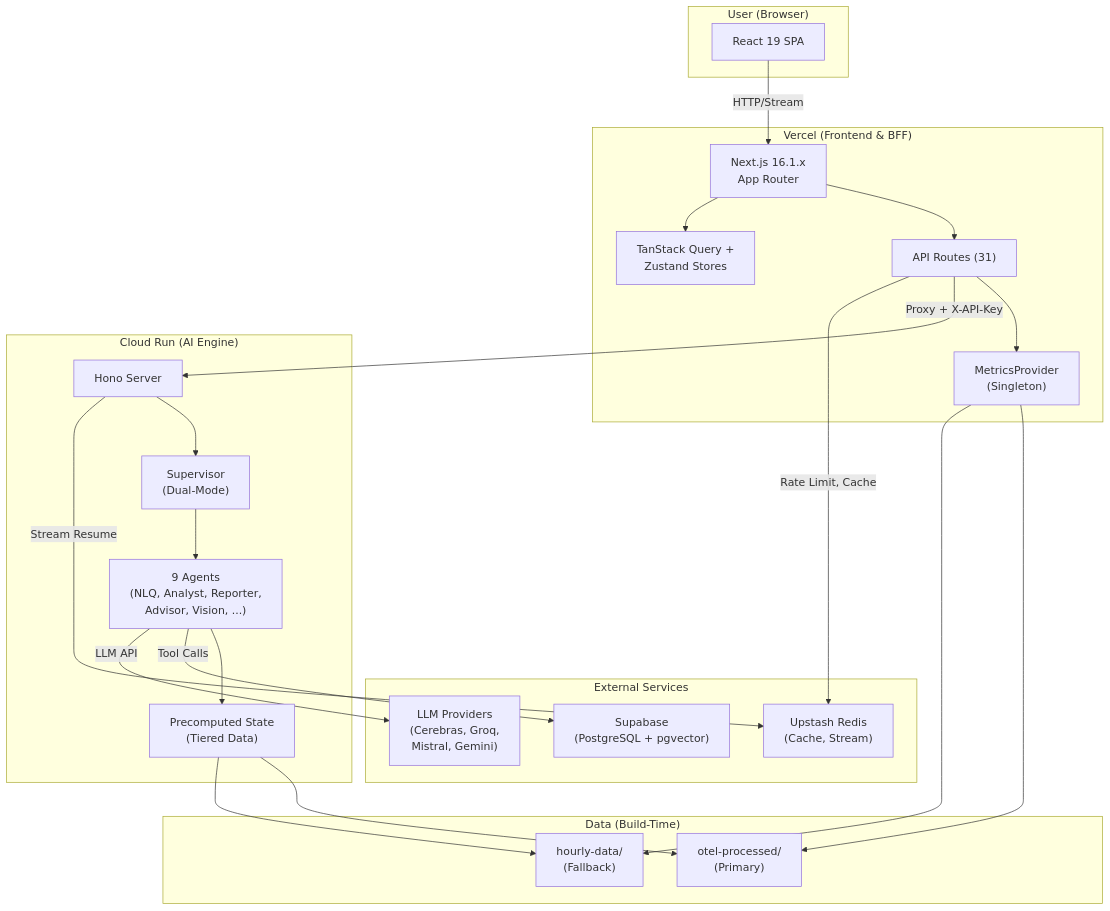
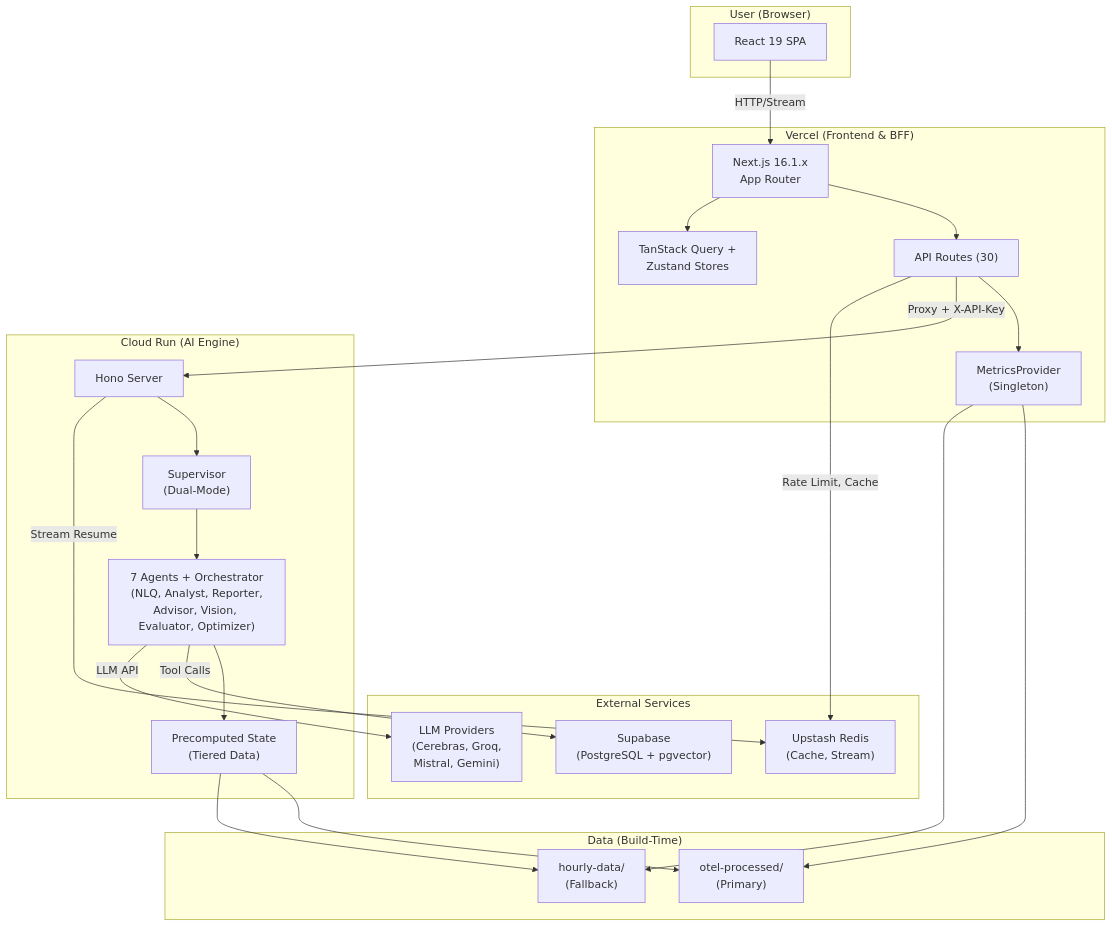
The diagram in docs/reference/architecture/system/system-architecture-current.md (skyasu2/openmanager-ai), drawn with Mermaid before and after one commit. The commit also changed other lines of this file and 37 other files, not shown here.

````diff
--- a/docs/reference/architecture/system/system-architecture-current.md
+++ b/docs/reference/architecture/system/system-architecture-current.md
@@ -34,48 +34,48 @@
 ```mermaid
 graph TB
     subgraph User["User (Browser)"]
         UI[React 19 SPA]
     end
 
     subgraph Vercel["Vercel (Frontend & BFF)"]
         NextJS["Next.js 16.1.x<br/>App Router"]
-        API["API Routes (31)"]
+        API["API Routes (30)"]
         MP["MetricsProvider<br/>(Singleton)"]
         Providers["TanStack Query +<br/>Zustand Stores"]
     end
 
     subgraph CloudRun["Cloud Run (AI Engine)"]
         Hono["Hono Server"]
         Supervisor["Supervisor<br/>(Dual-Mode)"]
-        Agents["9 Agents<br/>(NLQ, Analyst, Reporter,<br/>Advisor, Vision, ...)"]
+        Agents["7 Agents + Orchestrator<br/>(NLQ, Analyst, Reporter,<br/>Advisor, Vision, Evaluator, Optimizer)"]
         PreComp["Precomputed State<br/>(Tiered Data)"]
     end
 
     subgraph External["External Services"]
         Supabase["Supabase<br/>(PostgreSQL + pgvector)"]
         Redis["Upstash Redis<br/>(Cache, Stream)"]
         LLM["LLM Providers<br/>(Cerebras, Groq,<br/>Mistral, Gemini)"]
     end
 
     subgraph Data["Data (Build-Time)"]
         OTel["otel-processed/<br/>(Primary)"]
         Hourly["hourly-data/<br/>(Fallback)"]
     end
 
     UI -->|HTTP/Stream| NextJS
     NextJS --> API
     API --> MP
     MP --> OTel
     MP --> Hourly
     API -->|Proxy + X-API-Key| Hono
     Hono --> Supervisor
     Supervisor --> Agents
     Agents --> PreComp
     PreComp --> OTel
     PreComp --> Hourly
     Agents -->|Tool Calls| Supabase
     Agents -->|LLM API| LLM
     API -->|Rate Limit, Cache| Redis
     Hono -->|Stream Resume| Redis
     NextJS --> Providers
 ```
````
